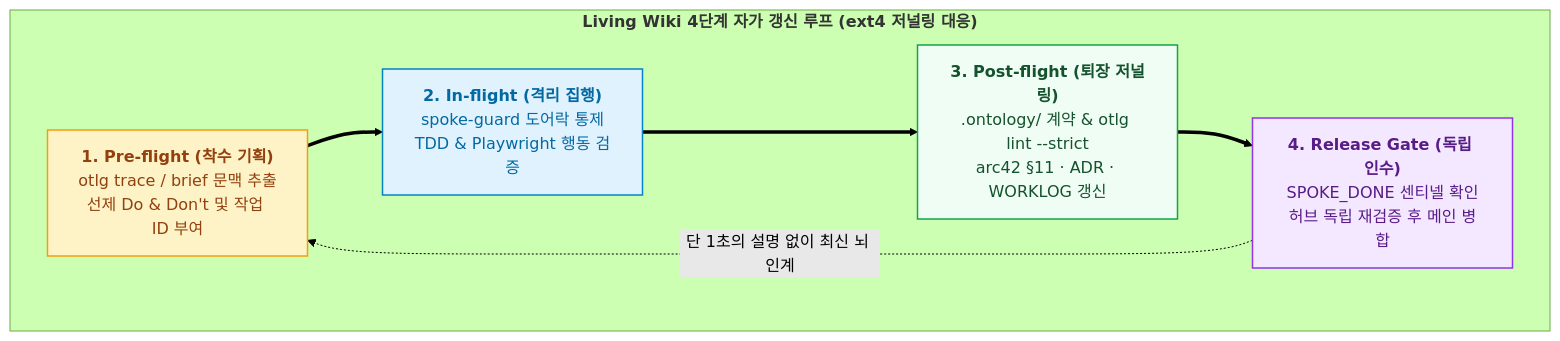
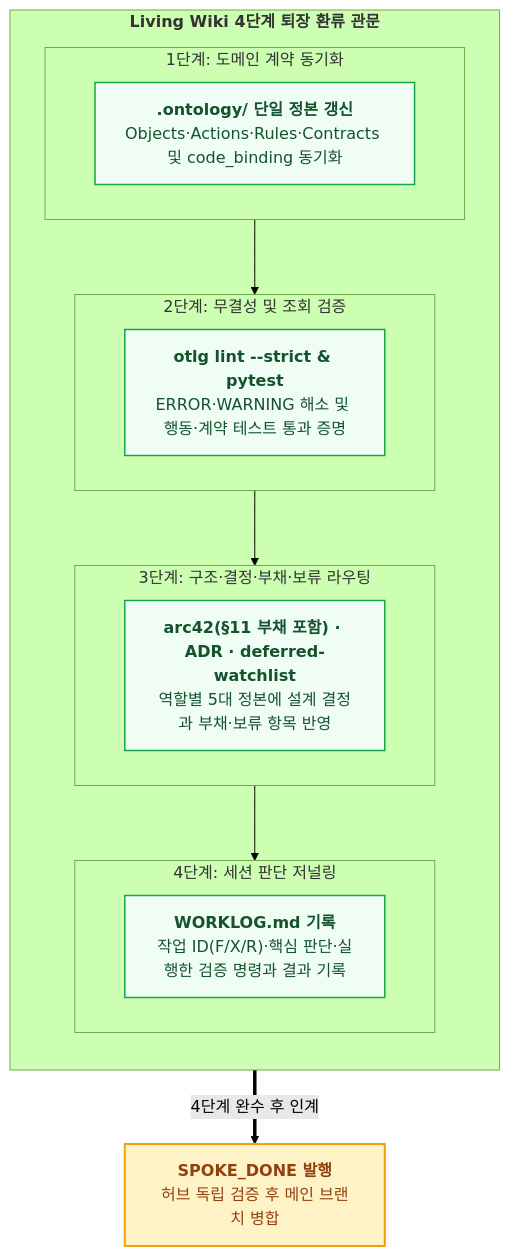
One commit to tomato-vault/tomato-vault.github.io changed the second of 2 diagrams in _posts/tech/ontology-engineering/6 아무리 똑똑한 알바생이라도 금고 열쇠를 통째로 맡기는 사장님은 없다.md. Above: the diagram before and after it, drawn with Mermaid (forest theme). The commit also changed 19 other files, not shown here.

First line of the commit message:
Refactor ontology engineering documentation with enhanced diagrams and clarity

````diff
--- a/_posts/tech/ontology-engineering/6 아무리 똑똑한 알바생이라도 금고 열쇠를 통째로 맡기는 사장님은 없다.md
+++ b/_posts/tech/ontology-engineering/6 아무리 똑똑한 알바생이라도 금고 열쇠를 통째로 맡기는 사장님은 없다.md
@@ -91,20 +91,24 @@
 ```mermaid
-flowchart LR
-    subgraph LOOP ["<b>Living Wiki 4단계 자가 갱신 루프 (ext4 저널링 대응)</b>"]
-        direction LR
-        P1["<b>1. Pre-flight (착수 기획)</b><br/>otlg trace / brief 문맥 추출<br/>선제 Do & Don't 및 작업 ID 부여"]
-        P2["<b>2. In-flight (격리 집행)</b><br/>spoke-guard 도어락 통제<br/>TDD & Playwright 행동 검증"]
-        P3["<b>3. Post-flight (퇴장 저널링)</b><br/>.ontology/ 계약 & otlg lint --strict<br/>arc42 §11 · ADR · WORKLOG 갱신"]
-        P4["<b>4. Release Gate (독립 인수)</b><br/>SPOKE_DONE 센티넬 확인<br/>허브 독립 재검증 후 메인 병합"]
-        P1 ==> P2 ==> P3 ==> P4
+flowchart TD
+    subgraph LivingWiki ["<b>Living Wiki 4단계 퇴장 환류 관문</b>"]
+        direction TB
+        subgraph STEP1 ["1단계: 도메인 계약 동기화"]
+            W1["<b>.ontology/ 단일 정본 갱신</b><br/>Objects·Actions·Rules·Contracts 및 code_binding 동기화"]
+        end
+        subgraph STEP2 ["2단계: 무결성 및 조회 검증"]
+            W2["<b>otlg lint --strict & pytest</b><br/>ERROR·WARNING 해소 및 행동·계약 테스트 통과 증명"]
+        end
+        subgraph STEP3 ["3단계: 구조·결정·부채·보류 라우팅"]
+            W3["<b>arc42(§11 부채 포함) · ADR · deferred-watchlist</b><br/>역할별 5대 정본에 설계 결정과 부채·보류 항목 반영"]
+        end
+        subgraph STEP4 ["4단계: 세션 판단 저널링"]
+            W4["<b>WORKLOG.md 기록</b><br/>작업 ID(F/X/R)·핵심 판단·실행한 검증 명령과 결과 기록"]
+        end
+        STEP1 --> STEP2 --> STEP3 --> STEP4
     end
-    P4 -.->|"단 1초의 설명 없이 최신 뇌 인계"| P1
-    classDef preStyle fill:#fef3c7,stroke:#f59e0b,stroke-width:1.5px,color:#92400e
-    classDef inStyle fill:#e0f2fe,stroke:#0284c7,stroke-width:1.5px,color:#0369a1
-    classDef postStyle fill:#f0fdf4,stroke:#16a34a,stroke-width:1.5px,color:#14532d
-    classDef relStyle fill:#f3e8ff,stroke:#9333ea,stroke-width:1.5px,color:#581c87
-    class P1 preStyle
-    class P2 inStyle
-    class P3 postStyle
-    class P4 relStyle
+    LivingWiki ==>|"4단계 완수 후 인계"| Done["<b>SPOKE_DONE 발행</b><br/>허브 독립 검증 후 메인 브랜치 병합"]
+    classDef stepStyle fill:#f0fdf4,stroke:#16a34a,stroke-width:1.5px,color:#14532d
+    classDef doneStyle fill:#fef3c7,stroke:#f59e0b,stroke-width:2px,color:#92400e
+    class W1,W2,W3,W4 stepStyle
+    class Done doneStyle
 ```
````
